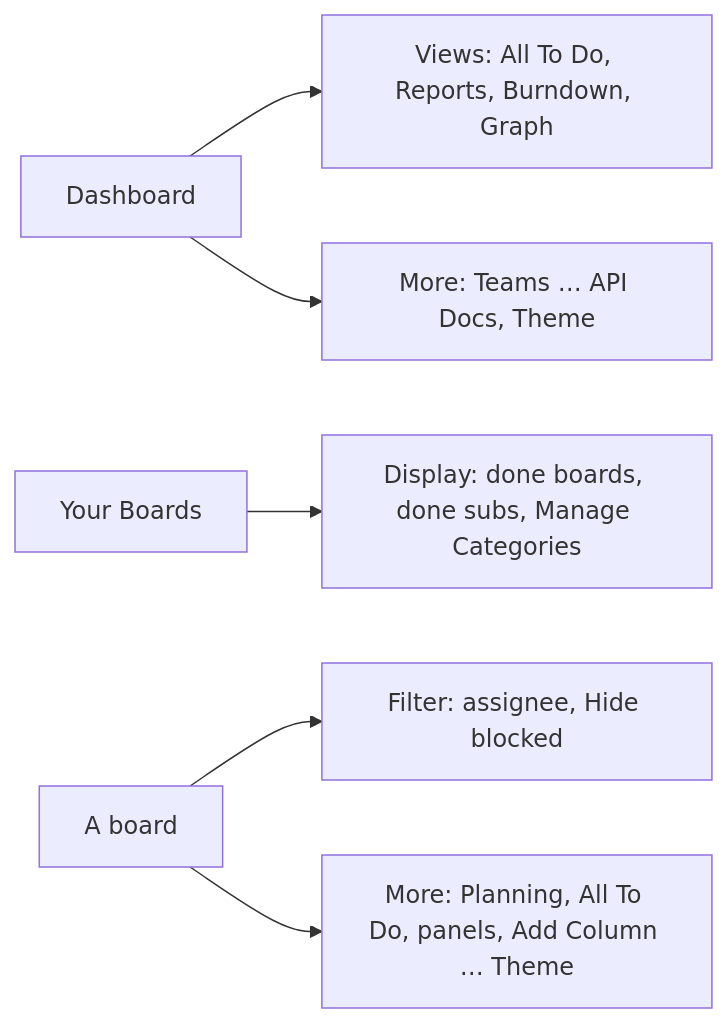
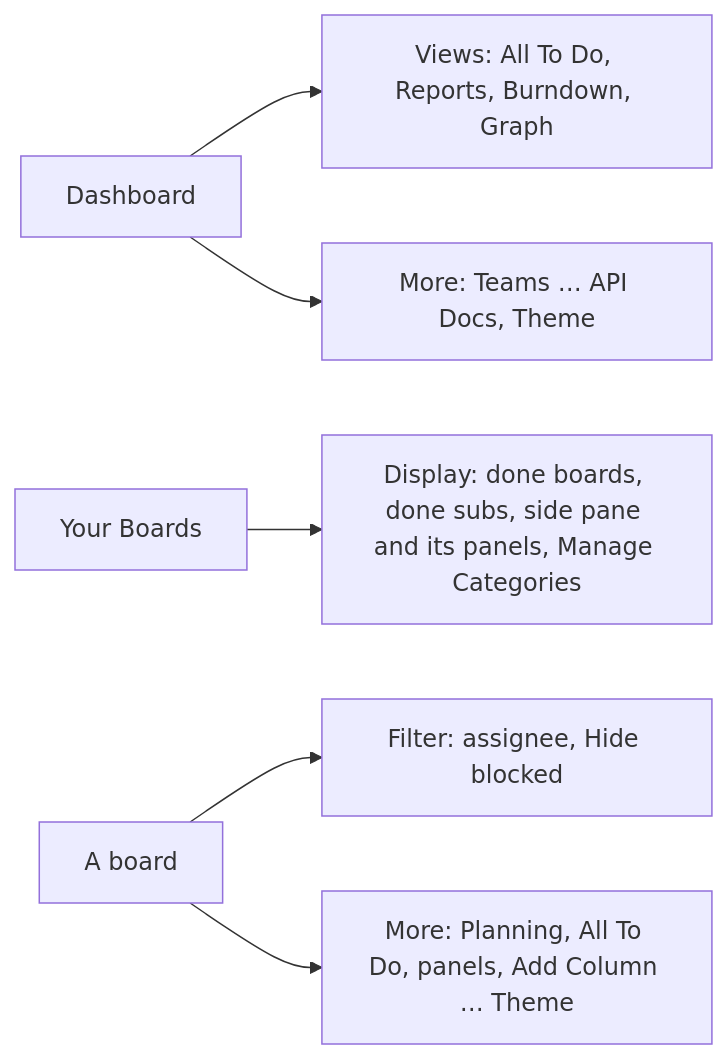
One commit to gitBoon/DumpFire changed the second of 10 diagrams in docs/feature-overview.md. Above: the diagram before and after it, drawn with Mermaid. The commit also changed other lines of this file and 11 other files, not shown here.

````diff
--- a/docs/feature-overview.md
+++ b/docs/feature-overview.md
@@ -60,8 +60,8 @@
 ```mermaid
 flowchart LR
     Dash["Dashboard"] --> DV["Views: All To Do, Reports, Burndown, Graph"]
     Dash --> DM["More: Teams … API Docs, Theme"]
-    Boards["Your Boards"] --> DD["Display: done boards, done subs, Manage Categories"]
+    Boards["Your Boards"] --> DD["Display: done boards, done subs, side pane and its panels, Manage Categories"]
     Board["A board"] --> BF["Filter: assignee, Hide blocked"]
     Board --> BM["More: Planning, All To Do, panels, Add Column … Theme"]
 ```
````
